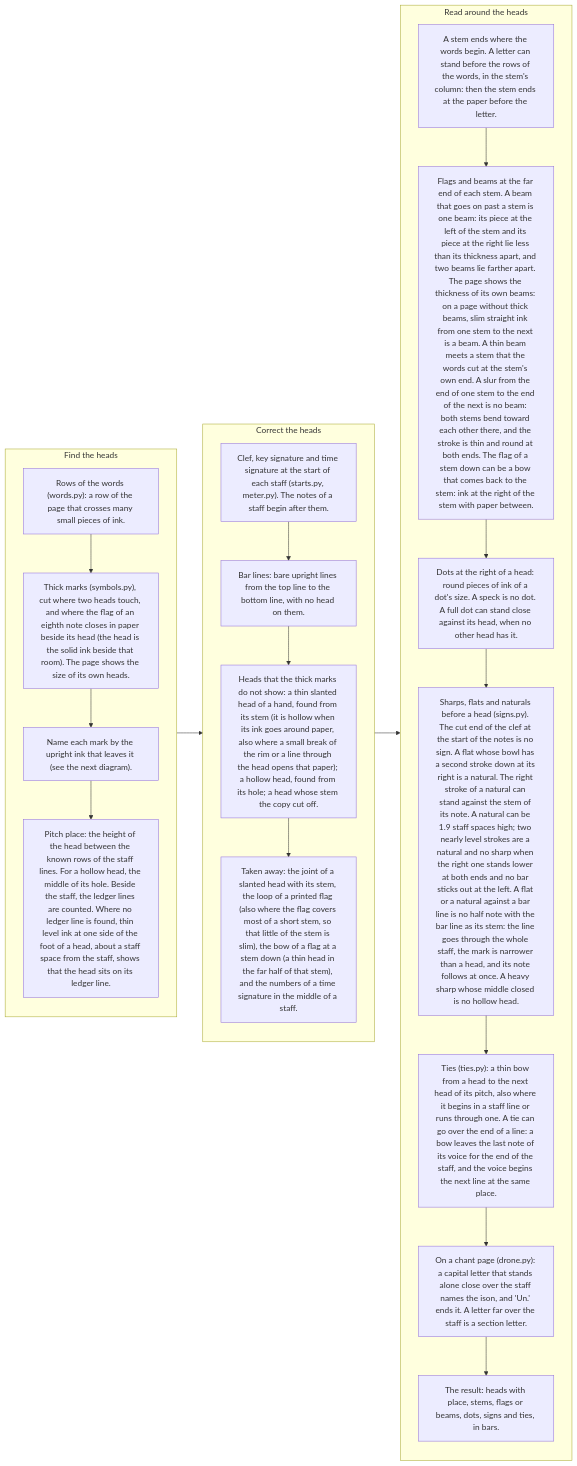
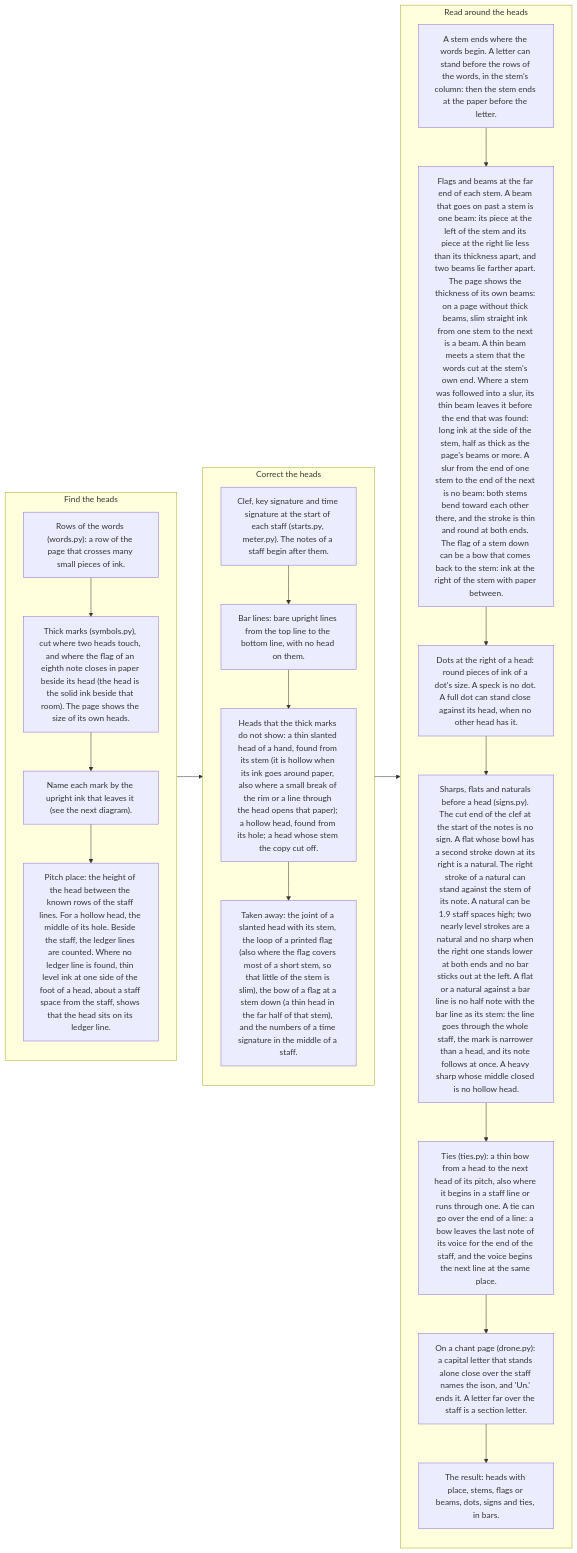
One commit to sweet-cicero/ScoreReader changed the fourth of 12 diagrams in README.md. Above: the diagram before and after it, drawn with Mermaid. The commit also changed other lines of this file and 2 other files, not shown here.

First line of the commit message:
A thin beam that leaves a stem before the end that was found for it

````diff
--- a/README.md
+++ b/README.md
@@ -152,31 +152,31 @@
 ```mermaid
 flowchart LR
     subgraph find["Find the heads"]
         direction TB
         f0["Rows of the words (words.py): a row of the page that crosses many small pieces of ink."]
         f1["Thick marks (symbols.py), cut where two heads touch, and where the flag of an eighth note closes in paper beside its head (the head is the solid ink beside that room). The page shows the size of its own heads."]
         f2["Name each mark by the upright ink that leaves it (see the next diagram)."]
         f3["Pitch place: the height of the head between the known rows of the staff lines. For a hollow head, the middle of its hole. Beside the staff, the ledger lines are counted. Where no ledger line is found, thin level ink at one side of the foot of a head, about a staff space from the staff, shows that the head sits on its ledger line."]
         f0 --> f1 --> f2 --> f3
     end
     subgraph more["Correct the heads"]
         direction TB
         m1["Clef, key signature and time signature at the start of each staff (starts.py, meter.py). The notes of a staff begin after them."]
         m2["Bar lines: bare upright lines from the top line to the bottom line, with no head on them."]
         m3["Heads that the thick marks do not show: a thin slanted head of a hand, found from its stem (it is hollow when its ink goes around paper, also where a small break of the rim or a line through the head opens that paper); a hollow head, found from its hole; a head whose stem the copy cut off."]
         m4["Taken away: the joint of a slanted head with its stem, the loop of a printed flag (also where the flag covers most of a short stem, so that little of the stem is slim), the bow of a flag at a stem down (a thin head in the far half of that stem), and the numbers of a time signature in the middle of a staff."]
         m1 --> m2 --> m3 --> m4
     end
     subgraph around["Read around the heads"]
         direction TB
         a1["A stem ends where the words begin. A letter can stand before the rows of the words, in the stem's column: then the stem ends at the paper before the letter."]
-        a2["Flags and beams at the far end of each stem. A beam that goes on past a stem is one beam: its piece at the left of the stem and its piece at the right lie less than its thickness apart, and two beams lie farther apart. The page shows the thickness of its own beams: on a page without thick beams, slim straight ink from one stem to the next is a beam. A thin beam meets a stem that the words cut at the stem's own end. A slur from the end of one stem to the end of the next is no beam: both stems bend toward each other there, and the stroke is thin and round at both ends. The flag of a stem down can be a bow that comes back to the stem: ink at the right of the stem with paper between."]
+        a2["Flags and beams at the far end of each stem. A beam that goes on past a stem is one beam: its piece at the left of the stem and its piece at the right lie less than its thickness apart, and two beams lie farther apart. The page shows the thickness of its own beams: on a page without thick beams, slim straight ink from one stem to the next is a beam. A thin beam meets a stem that the words cut at the stem's own end. Where a stem was followed into a slur, its thin beam leaves it before the end that was found: long ink at the side of the stem, half as thick as the page's beams or more. A slur from the end of one stem to the end of the next is no beam: both stems bend toward each other there, and the stroke is thin and round at both ends. The flag of a stem down can be a bow that comes back to the stem: ink at the right of the stem with paper between."]
         a3["Dots at the right of a head: round pieces of ink of a dot's size. A speck is no dot. A full dot can stand close against its head, when no other head has it."]
         a4["Sharps, flats and naturals before a head (signs.py). The cut end of the clef at the start of the notes is no sign. A flat whose bowl has a second stroke down at its right is a natural. The right stroke of a natural can stand against the stem of its note. A natural can be 1.9 staff spaces high; two nearly level strokes are a natural and no sharp when the right one stands lower at both ends and no bar sticks out at the left. A flat or a natural against a bar line is no half note with the bar line as its stem: the line goes through the whole staff, the mark is narrower than a head, and its note follows at once. A heavy sharp whose middle closed is no hollow head."]
         a5["Ties (ties.py): a thin bow from a head to the next head of its pitch, also where it begins in a staff line or runs through one. A tie can go over the end of a line: a bow leaves the last note of its voice for the end of the staff, and the voice begins the next line at the same place."]
         a6["On a chant page (drone.py): a capital letter that stands alone close over the staff names the ison, and 'Un.' ends it. A letter far over the staff is a section letter."]
         a7["The result: heads with place, stems, flags or beams, dots, signs and ties, in bars."]
         a1 --> a2 --> a3 --> a4 --> a5 --> a6 --> a7
     end
     find --> more --> around
 ```
````
